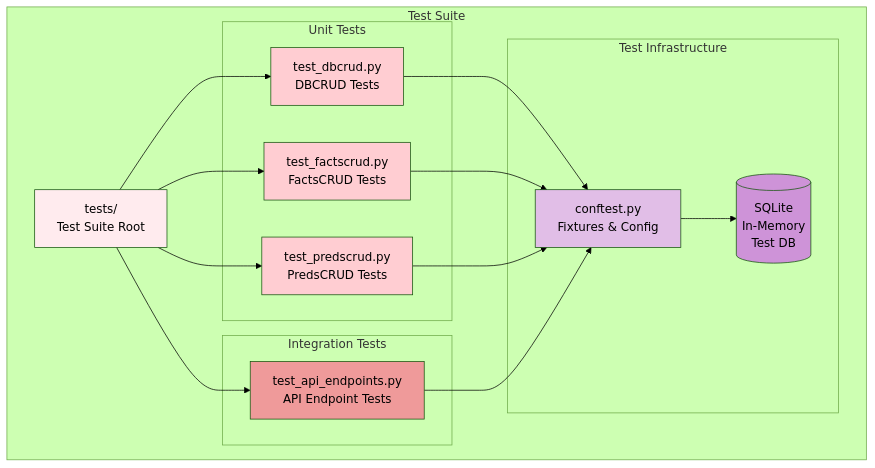
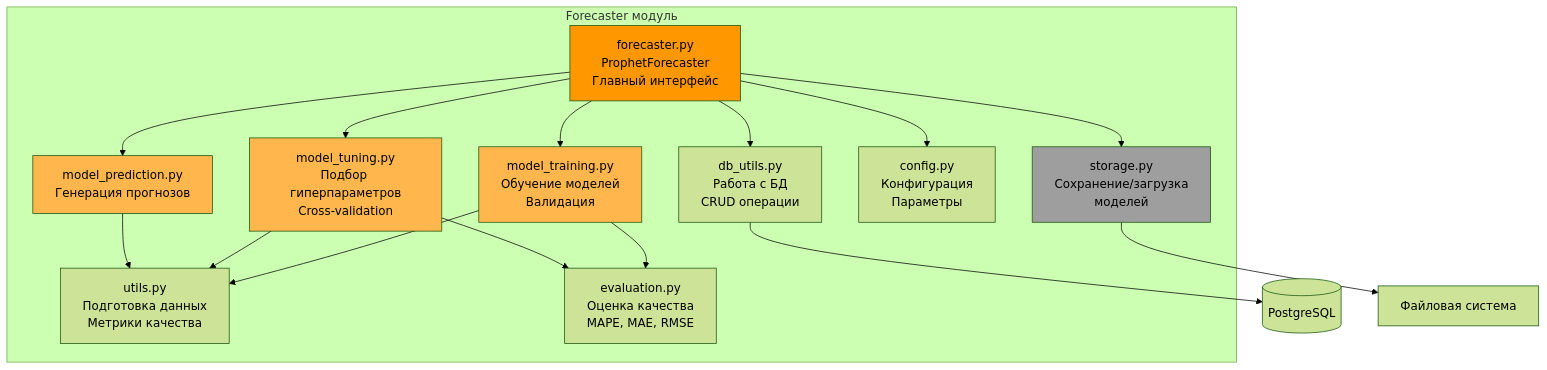
The fourth of 13 diagrams in docs/ARCHITECTURE.md (sweetd0vee/servers-dashboard), drawn with Mermaid (forest theme) before and after one commit. The commit also changed other lines of this file and 1 other file, not shown here.

````diff
--- a/docs/ARCHITECTURE.md
+++ b/docs/ARCHITECTURE.md
@@ -223,41 +208,41 @@
 ```mermaid
 graph TB
-    subgraph "Test Suite"
-        TestMain[tests/<br/>Test Suite Root]
+    subgraph "Forecaster модуль"
+        Forecaster[forecaster.py<br/>ProphetForecaster<br/>Главный интерфейс]
         
-        subgraph "Unit Tests"
-            TestDB[test_dbcrud.py<br/>DBCRUD Tests]
-            TestFacts[test_factscrud.py<br/>FactsCRUD Tests]
-            TestPreds[test_predscrud.py<br/>PredsCRUD Tests]
-        end
+        Training[model_training.py<br/>Обучение моделей<br/>Валидация]
+        Tuning[model_tuning.py<br/>Подбор гиперпараметров<br/>Cross-validation]
+        Prediction[model_prediction.py<br/>Генерация прогнозов]
         
-        subgraph "Integration Tests"
-            TestAPI[test_api_endpoints.py<br/>API Endpoint Tests]
-        end
+        Storage[storage.py<br/>Сохранение/загрузка<br/>моделей]
+        Utils[utils.py<br/>Подготовка данных<br/>Метрики качества]
+        Config[config.py<br/>Конфигурация<br/>Параметры]
         
-        subgraph "Test Infrastructure"
-            Conftest[conftest.py<br/>Fixtures & Config]
-            TestDB_Instance[(SQLite<br/>In-Memory<br/>Test DB)]
-        end
+        DBUtils[db_utils.py<br/>Работа с БД<br/>CRUD операции]
+        Evaluation[evaluation.py<br/>Оценка качества<br/>MAPE, MAE, RMSE]
     end
     
-    TestMain --> TestDB
-    TestMain --> TestFacts
-    TestMain --> TestPreds
-    TestMain --> TestAPI
+    Forecaster --> Training
+    Forecaster --> Tuning
+    Forecaster --> Prediction
+    Forecaster --> Storage
     
-    TestDB --> Conftest
-    TestFacts --> Conftest
-    TestPreds --> Conftest
-    TestAPI --> Conftest
+    Training --> Utils
+    Tuning --> Utils
+    Prediction --> Utils
     
-    Conftest --> TestDB_Instance
+    Forecaster --> Config
+    Forecaster --> DBUtils
     
-    style TestMain fill:#ffebee
-    style TestDB fill:#ffcdd2
-    style TestFacts fill:#ffcdd2
-    style TestPreds fill:#ffcdd2
-    style TestAPI fill:#ef9a9a
-    style Conftest fill:#e1bee7
-    style TestDB_Instance fill:#ce93d8
+    Training --> Evaluation
+    Tuning --> Evaluation
+    
+    DBUtils --> DB[(PostgreSQL)]
+    Storage --> FileSystem[Файловая система]
+    
+    style Forecaster fill:#ff9800
+    style Training fill:#ffb74d
+    style Tuning fill:#ffb74d
+    style Prediction fill:#ffb74d
+    style Storage fill:#9e9e9e
 ```
````
